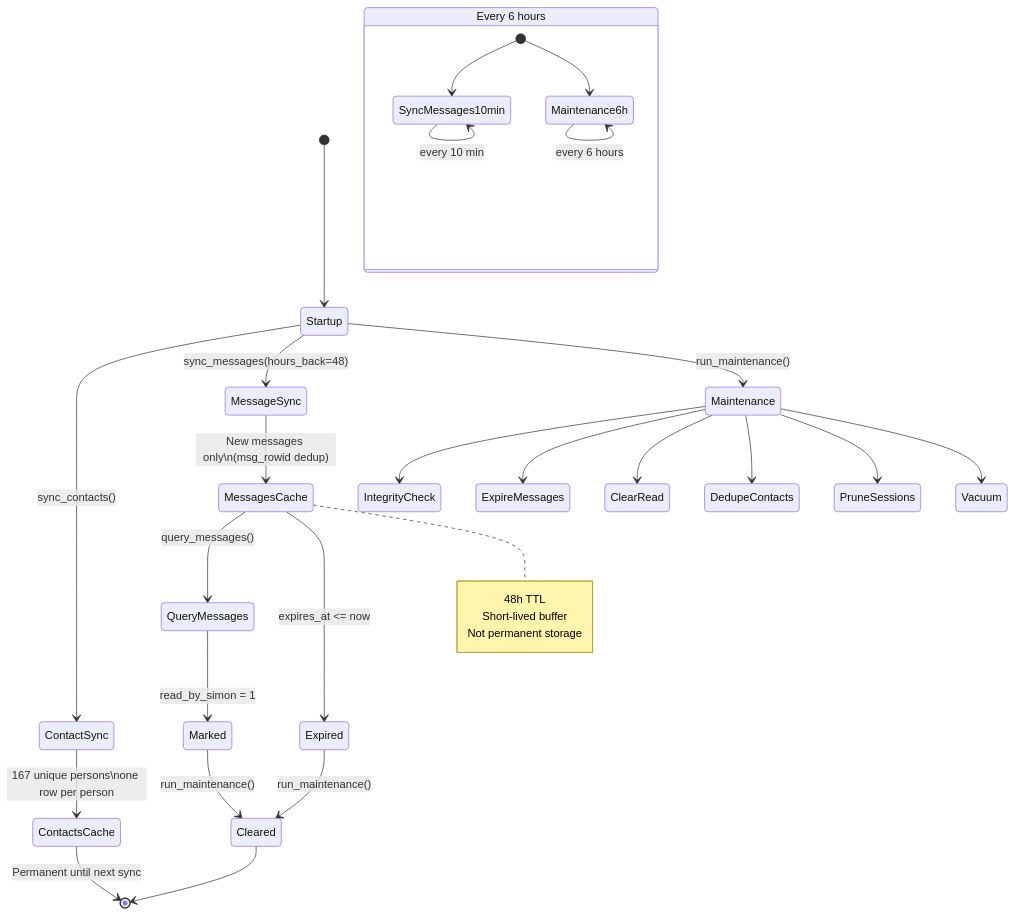
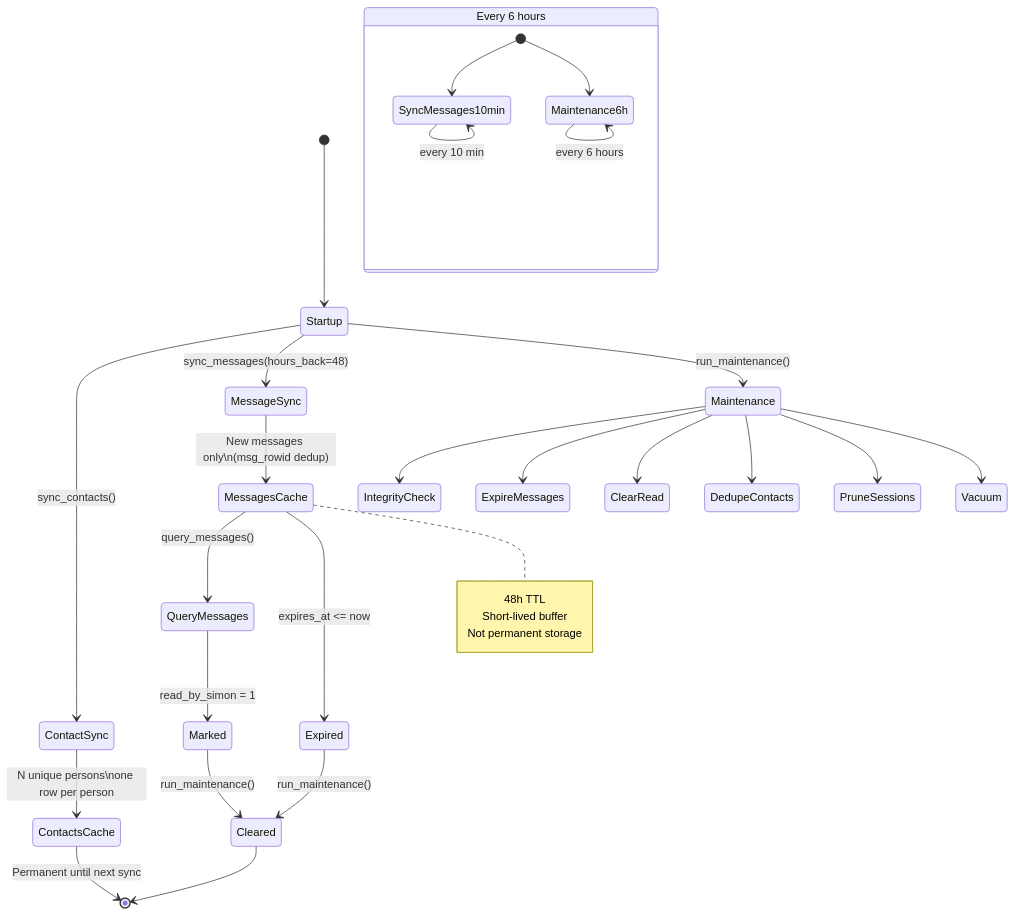
Before and after one commit to simonxsolutions-SXS/SIMON: the third of 4 diagrams in docs/diagrams/DIAGRAMS.md, drawn with Mermaid. The commit also changed 7 other files, not shown here.

````diff
--- a/docs/diagrams/DIAGRAMS.md
+++ b/docs/diagrams/DIAGRAMS.md
@@ -131,39 +131,39 @@
 ```mermaid
 stateDiagram-v2
     [*] --> Startup
 
     Startup --> ContactSync: sync_contacts()
-    ContactSync --> ContactsCache: 167 unique persons\none row per person
+    ContactSync --> ContactsCache: N unique persons\none row per person
     ContactsCache --> [*]: Permanent until next sync
 
     Startup --> MessageSync: sync_messages(hours_back=48)
     MessageSync --> MessagesCache: New messages only\n(msg_rowid dedup)
     MessagesCache --> QueryMessages: query_messages()
     QueryMessages --> Marked: read_by_simon = 1
     Marked --> Cleared: run_maintenance()
 
     MessagesCache --> Expired: expires_at <= now
     Expired --> Cleared: run_maintenance()
     Cleared --> [*]
 
     note right of MessagesCache
         48h TTL
         Short-lived buffer
         Not permanent storage
     end note
 
     Startup --> Maintenance: run_maintenance()
     Maintenance --> IntegrityCheck
     Maintenance --> ExpireMessages
     Maintenance --> ClearRead
     Maintenance --> DedupeContacts
     Maintenance --> PruneSessions
     Maintenance --> Vacuum
 
     state "Every 6 hours" as BG {
         [*] --> SyncMessages10min
         SyncMessages10min --> SyncMessages10min: every 10 min
         [*] --> Maintenance6h
         Maintenance6h --> Maintenance6h: every 6 hours
     }
 ```
````
